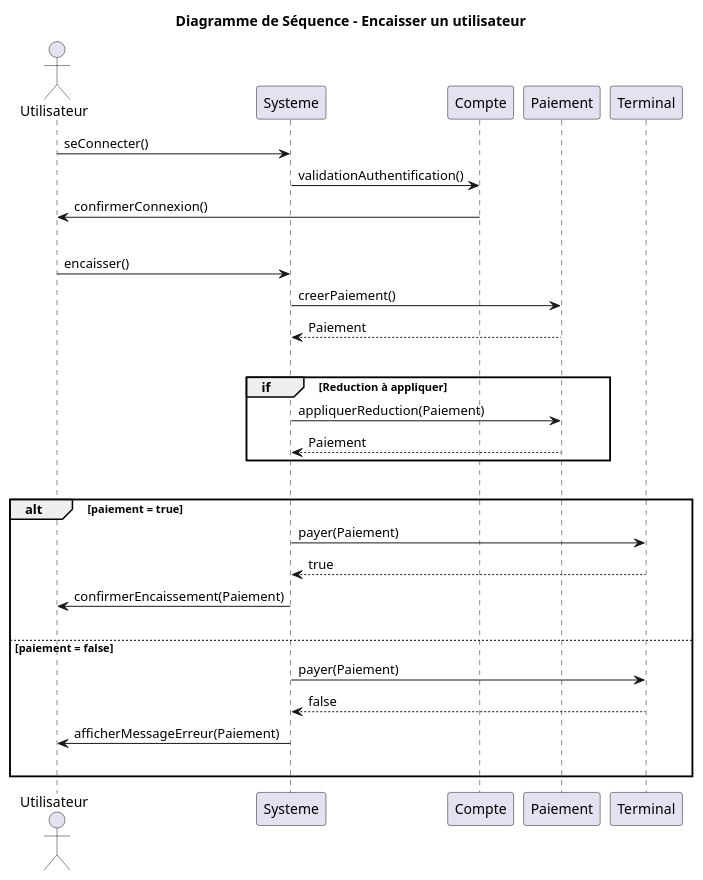
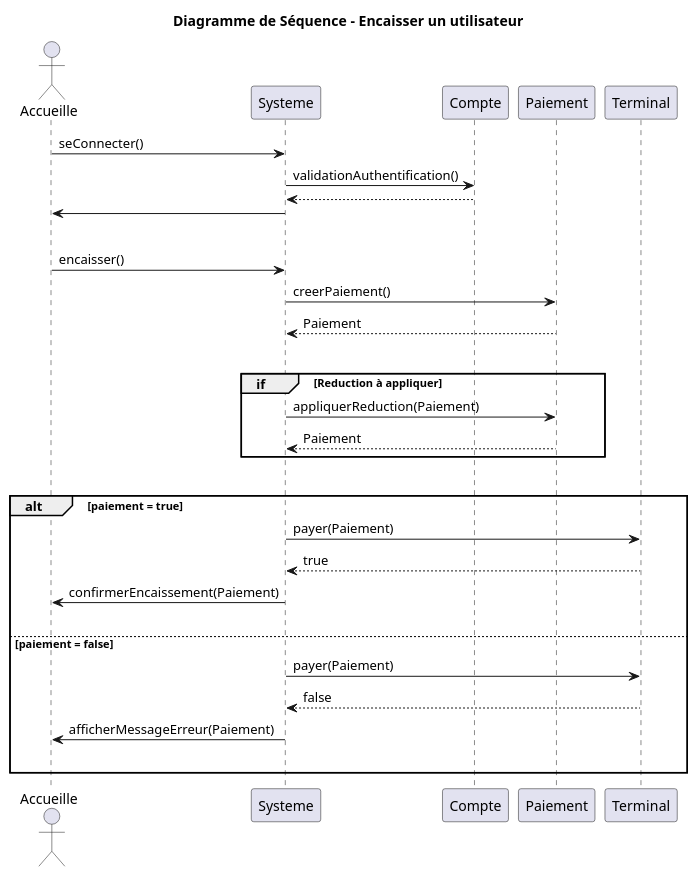
One commit to Egario54/ProjetClubNautique changed the diagram in UML/Diagramme_sequence_encaisser_client.puml. Above: the diagram before and after it, drawn with PlantUML. The commit also changed 31 other files, not shown here.

Commit message:
standardisation des retours dans les diagrammes

```diff
--- a/UML/Diagramme_sequence_encaisser_client.puml
+++ b/UML/Diagramme_sequence_encaisser_client.puml
@@ -1,47 +1,48 @@
 @startuml
 title Diagramme de Séquence - Encaisser un utilisateur
-actor Utilisateur
+actor Accueille
 participant Systeme
 participant Compte
 participant Paiement
 participant Terminal
 
 'Connexion à un compte'
-Utilisateur -> Systeme: seConnecter()
+Accueille -> Systeme: seConnecter()
 Systeme -> Compte: validationAuthentification()
-Compte -> Utilisateur: confirmerConnexion()
+return
+Systeme -> Accueille
 
 'Séparation'
 |||
 
-'Utilisateur encaisse un client'
-Utilisateur -> Systeme: encaisser()
+'Accueille encaisse un client'
+Accueille -> Systeme: encaisser()
 Systeme -> Paiement: creerPaiement()
 Paiement --> Systeme : Paiement
 
 'Séparation'
 |||
 
-'Utilisateur applique une reduction'
+'Accueille applique une reduction'
 group if [Reduction à appliquer]
     Systeme -> Paiement : appliquerReduction(Paiement)
     return Paiement
 end
 
 'Séparation'
 |||
 
 
 alt paiement = true
 Systeme -> Terminal: payer(Paiement)
 return true
-Systeme -> Utilisateur: confirmerEncaissement(Paiement)
+Systeme -> Accueille: confirmerEncaissement(Paiement)
 |||
 
 else paiement = false
 Systeme -> Terminal: payer(Paiement)
 return false
-Systeme -> Utilisateur: afficherMessageErreur(Paiement)
+Systeme -> Accueille: afficherMessageErreur(Paiement)
 |||
 end
 @enduml
```
